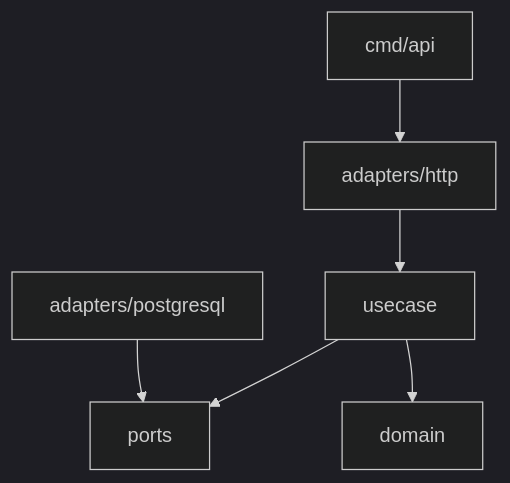
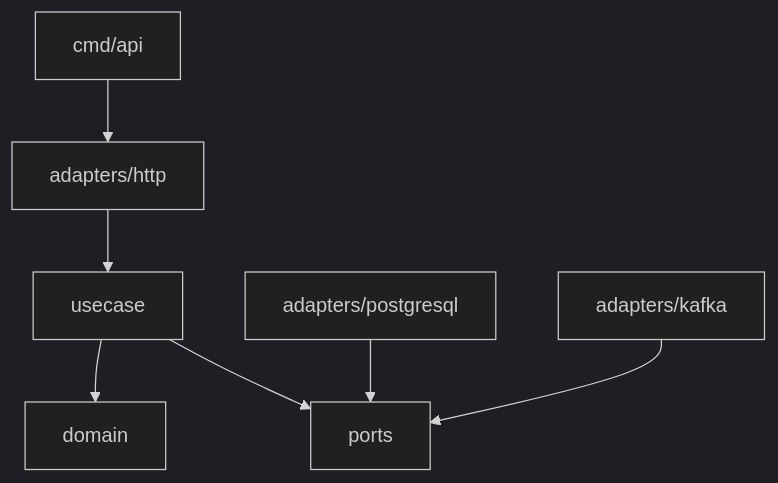
Before and after one commit to dilekci/product-api: the second of 3 diagrams in README.md, drawn with Mermaid (dark theme). The commit also changed other lines of this file and 14 other files, not shown here.

````diff
--- a/README.md
+++ b/README.md
@@ -47,8 +53,9 @@
 ```mermaid
 graph TD
   A["cmd/api"] --> B["adapters/http"]
   B --> C["usecase"]
   C --> D["ports"]
   E["adapters/postgresql"] --> D
-  C --> F["domain"]
+  F["adapters/kafka"] --> D
+  C --> G["domain"]
 ```
````
